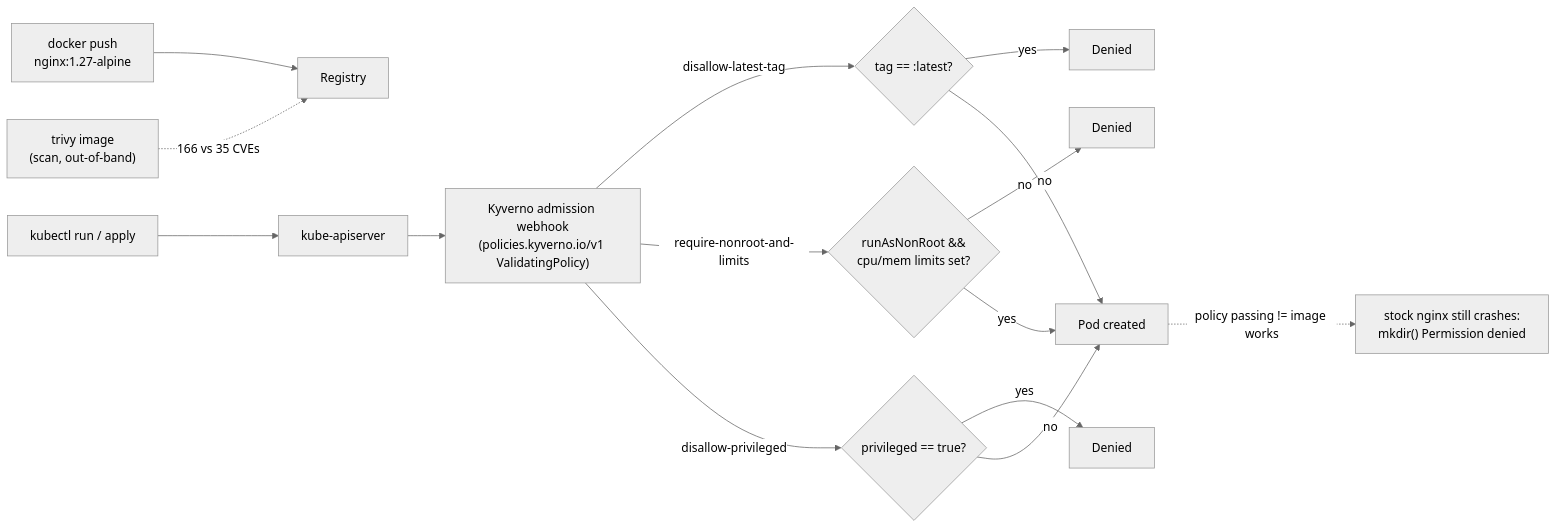
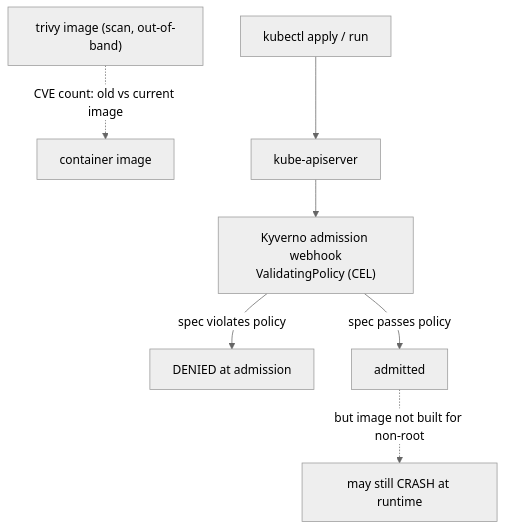
The diagram in lab-C-image-scanning-admission-control.md (datacouch-io/Advanced_Kubernetes_Nutanix), drawn with Mermaid (neutral theme) before and after one commit. The commit also changed other lines of this file and 320 other files, not shown here.

````diff
--- a/lab-C-image-scanning-admission-control.md
+++ b/lab-C-image-scanning-admission-control.md
@@ -45,21 +53,9 @@
 ```mermaid
-flowchart LR
-    DEV["docker push<br/>nginx:1.27-alpine"] --> REG["Registry"]
-    TRIVY["trivy image<br/>(scan, out-of-band)"] -.->|"166 vs 35 CVEs"| REG
-
-    APPLY["kubectl run / apply"] --> API["kube-apiserver"]
-    API --> WEBHOOK["Kyverno admission webhook<br/>(policies.kyverno.io/v1 ValidatingPolicy)"]
-
-    WEBHOOK -->|"disallow-latest-tag"| P1{"tag == :latest?"}
-    WEBHOOK -->|"require-nonroot-and-limits"| P2{"runAsNonRoot &amp;&amp;<br/>cpu/mem limits set?"}
-    WEBHOOK -->|"disallow-privileged"| P3{"privileged == true?"}
-
-    P1 -- "yes" --> DENY1["Denied"]
-    P2 -- "no" --> DENY2["Denied"]
-    P3 -- "yes" --> DENY3["Denied"]
-    P1 -- "no" --> ADMIT
-    P2 -- "yes" --> ADMIT
-    P3 -- "no" --> ADMIT["Pod created"]
-
-    ADMIT -.->|"policy passing != image works"| CRASH["stock nginx still crashes:<br/>mkdir() Permission denied"]
+flowchart TB
+    TRIVY["trivy image (scan, out-of-band)"] -.->|"CVE count: old vs current image"| IMG["container image"]
+    APPLY["kubectl apply / run"] --> API["kube-apiserver"]
+    API --> WEBHOOK["Kyverno admission webhook<br/>ValidatingPolicy (CEL)"]
+    WEBHOOK -->|"spec violates policy"| DENY["DENIED at admission"]
+    WEBHOOK -->|"spec passes policy"| ADMIT["admitted"]
+    ADMIT -.->|"but image not built for non-root"| CRASH["may still CRASH at runtime"]
 ```
````
